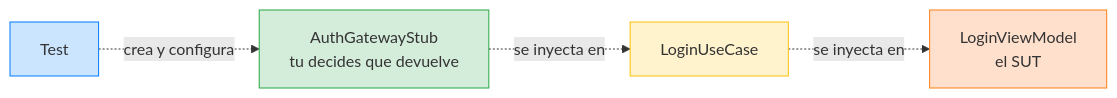
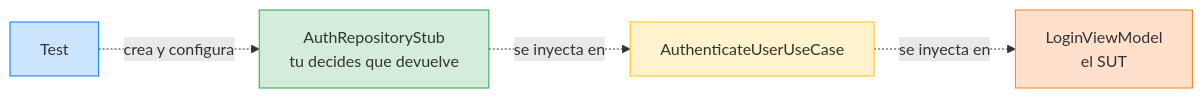
One commit to SwiftEnProfundidad/stack-my-architecture-ios changed the fourth of 4 diagrams in 01-fundamentos/05-feature-login/04-interface-swiftui.md. Above: the diagram before and after it, drawn with Mermaid. The commit also changed other lines of this file and 50 other files, not shown here.

````diff
--- a/01-fundamentos/05-feature-login/04-interface-swiftui.md
+++ b/01-fundamentos/05-feature-login/04-interface-swiftui.md
@@ -313,11 +321,11 @@
 ```mermaid
 graph LR
-    TEST["Test"] -.->|"crea y configura"| STUB["AuthGatewayStub<br/>tu decides que devuelve"]
-    STUB -.->|"se inyecta en"| UC["LoginUseCase"]
+    TEST["Test"] -.->|"crea y configura"| STUB["AuthRepositoryStub<br/>tu decides que devuelve"]
+    STUB -.->|"se inyecta en"| UC["AuthenticateUserUseCase"]
     UC -.->|"se inyecta en"| VM["LoginViewModel<br/>el SUT"]
 
     style TEST fill:#cce5ff,stroke:#007bff
     style STUB fill:#d4edda,stroke:#28a745
     style UC fill:#fff3cd,stroke:#ffc107
     style VM fill:#ffe0cc,stroke:#fd7e14
 ```
````
